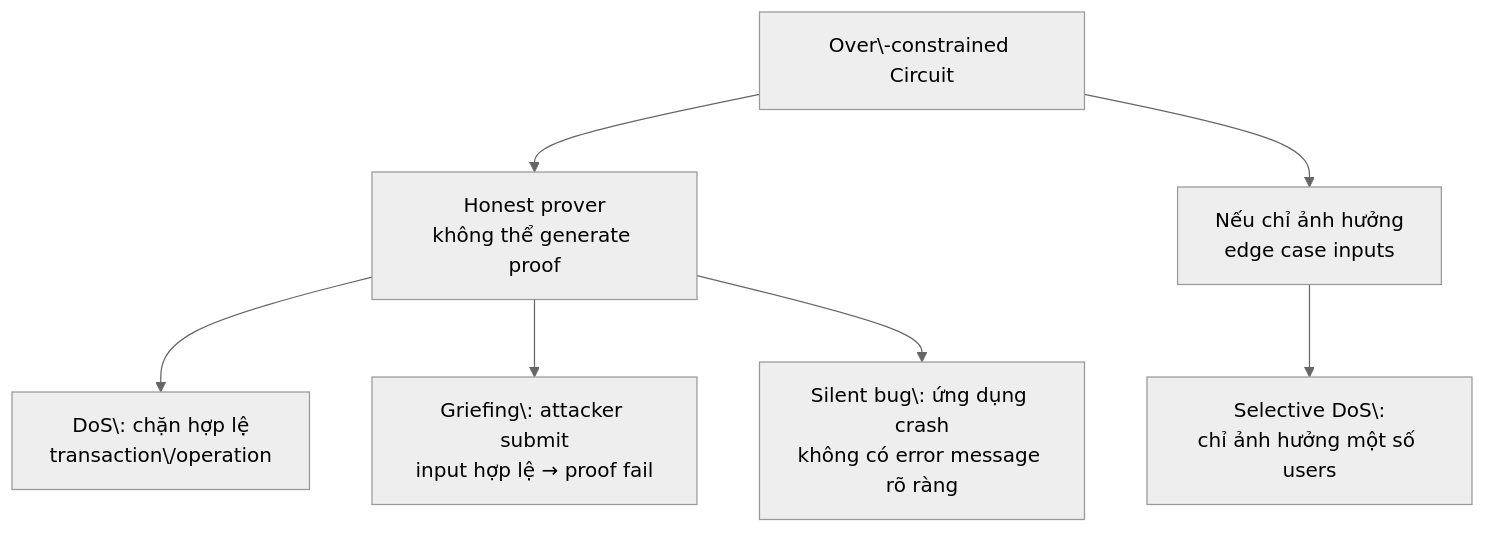
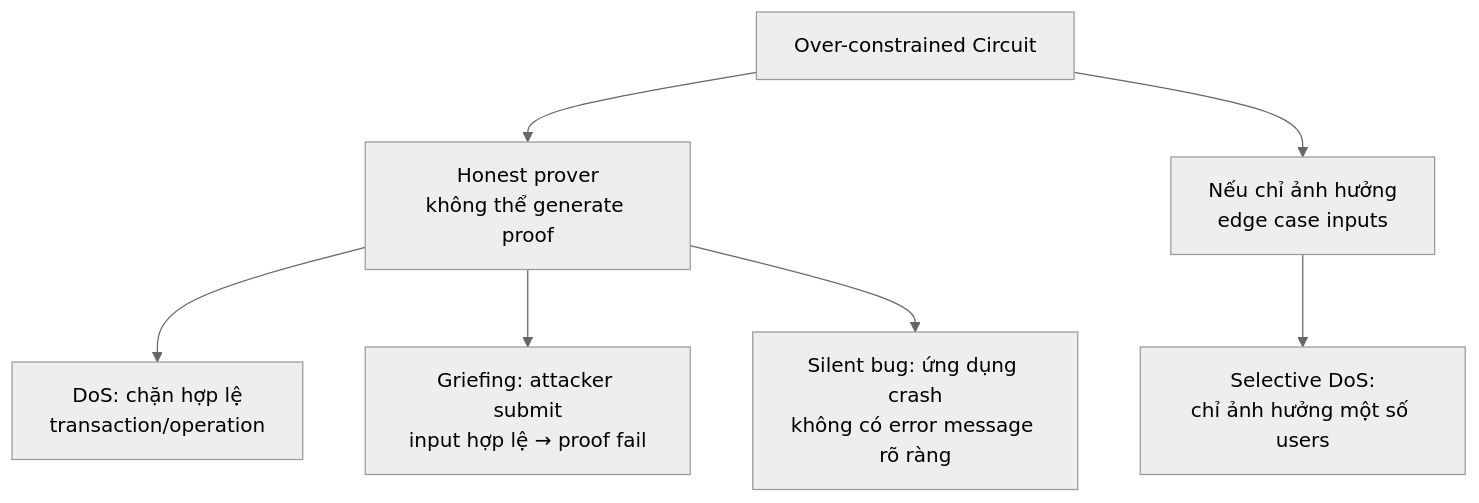
The second of 2 diagrams in content/zkverify-series/arithmetic-circuits/12-over-constrained-circuits.md (nhatminh65537/kitsu-quartz), drawn with Mermaid (neutral theme) before and after one commit. The commit also changed other lines of this file and 127 other files, not shown here.

````diff
--- a/content/zkverify-series/arithmetic-circuits/12-over-constrained-circuits.md
+++ b/content/zkverify-series/arithmetic-circuits/12-over-constrained-circuits.md
@@ -237,9 +237,9 @@
 ```mermaid
 flowchart TD
-    A["Over\-constrained Circuit"] --> B["Honest prover\nkhông thể generate proof"]
-    B --> C1["DoS\: chặn hợp lệ<br>transaction\/operation"]
-    B --> C2["Griefing\: attacker submit<br>input hợp lệ → proof fail"]
-    B --> C3["Silent bug\: ứng dụng crash<br>không có error message rõ ràng"]
+    A["Over-constrained Circuit"] --> B["Honest prover<br>không thể generate proof"]
+    B --> C1["DoS: chặn hợp lệ<br>transaction/operation"]
+    B --> C2["Griefing: attacker submit<br>input hợp lệ → proof fail"]
+    B --> C3["Silent bug: ứng dụng crash<br>không có error message rõ ràng"]
     A --> D["Nếu chỉ ảnh hưởng<br>edge case inputs"]
-    D --> C4["Selective DoS\:<br>chỉ ảnh hưởng một số users"]
+    D --> C4["Selective DoS:<br>chỉ ảnh hưởng một số users"]
 ```
````
